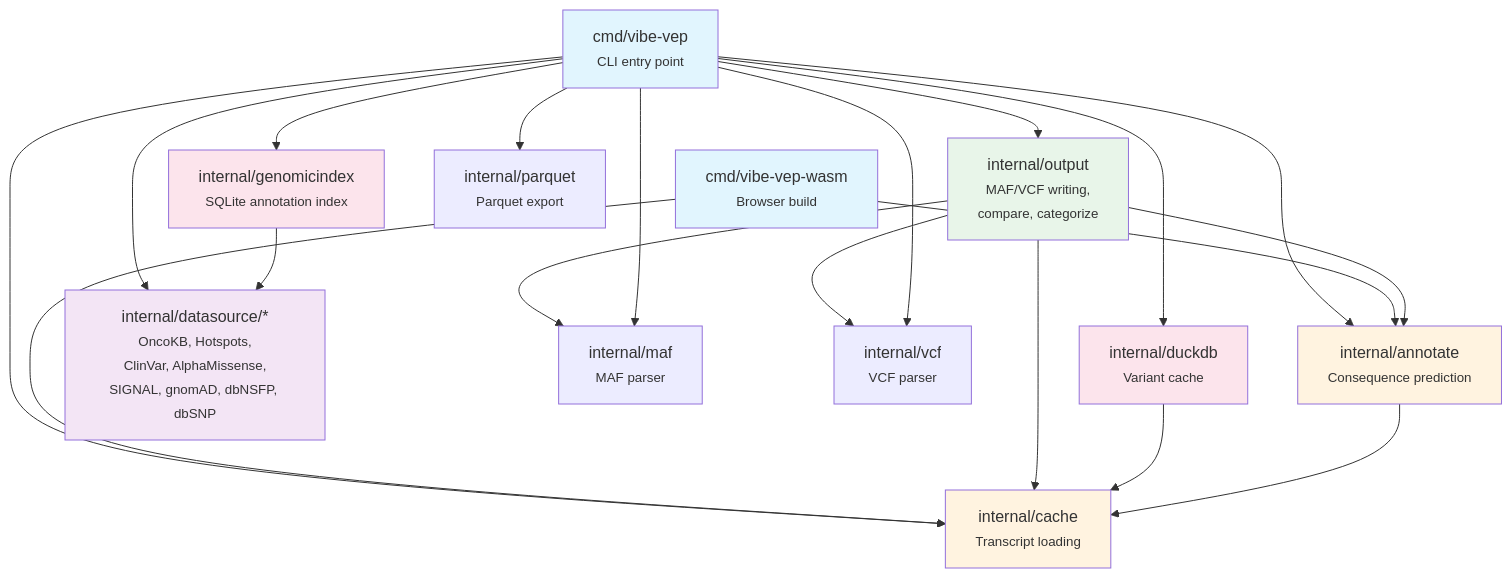
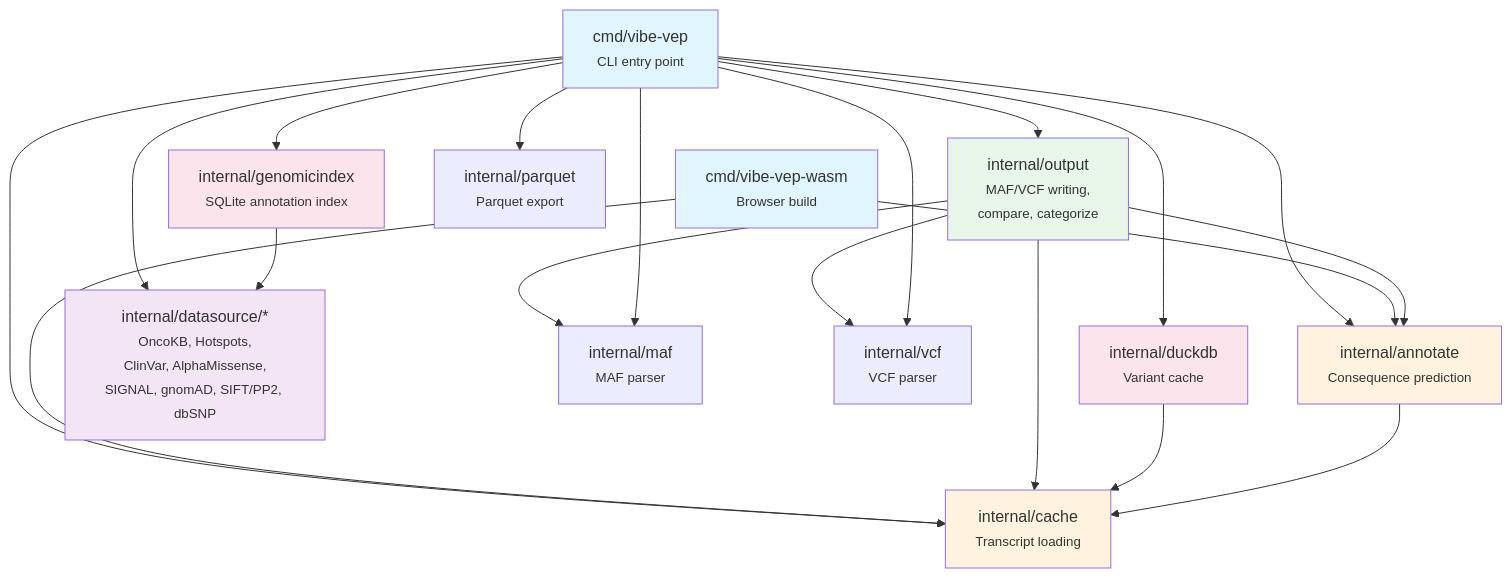
Before and after one commit to inodb/vibe-vep: the sixth of 6 diagrams in docs/content/docs/how-it-works/architecture/_index.md, drawn with Mermaid. The commit also changed 14 other files, not shown here.

First line of the commit message:
refactor: replace dbNSFP with Ensembl SQLite for SIFT/PolyPhen-2

````diff
--- a/docs/content/docs/how-it-works/architecture/_index.md
+++ b/docs/content/docs/how-it-works/architecture/_index.md
@@ -203,44 +203,44 @@
 ```mermaid
 graph TB
     CLI["cmd/vibe-vep<br/><small>CLI entry point</small>"]
     WASM["cmd/vibe-vep-wasm<br/><small>Browser build</small>"]
 
     CLI --> output
     CLI --> annotate
     CLI --> cache
     CLI --> duckdb
     CLI --> genomicindex
     CLI --> datasource
     WASM --> annotate
     WASM --> cache
 
     annotate["internal/annotate<br/><small>Consequence prediction</small>"]
     cache["internal/cache<br/><small>Transcript loading</small>"]
     output["internal/output<br/><small>MAF/VCF writing,<br/>compare, categorize</small>"]
     duckdb["internal/duckdb<br/><small>Variant cache</small>"]
     genomicindex["internal/genomicindex<br/><small>SQLite annotation index</small>"]
     parquet["internal/parquet<br/><small>Parquet export</small>"]
     mafpkg["internal/maf<br/><small>MAF parser</small>"]
     vcfpkg["internal/vcf<br/><small>VCF parser</small>"]
-    datasource["internal/datasource/*<br/><small>OncoKB, Hotspots,<br/>ClinVar, AlphaMissense,<br/>SIGNAL, gnomAD, dbNSFP, dbSNP</small>"]
+    datasource["internal/datasource/*<br/><small>OncoKB, Hotspots,<br/>ClinVar, AlphaMissense,<br/>SIGNAL, gnomAD, SIFT/PP2, dbSNP</small>"]
 
     output --> annotate
     output --> mafpkg
     output --> vcfpkg
     output --> cache
     duckdb --> cache
     CLI --> parquet
     CLI --> mafpkg
     CLI --> vcfpkg
     annotate --> cache
     genomicindex --> datasource
 
     style CLI fill:#e1f5fe
     style WASM fill:#e1f5fe
     style annotate fill:#fff3e0
     style cache fill:#fff3e0
     style output fill:#e8f5e9
     style duckdb fill:#fce4ec
     style genomicindex fill:#fce4ec
     style datasource fill:#f3e5f5
 ```
````
